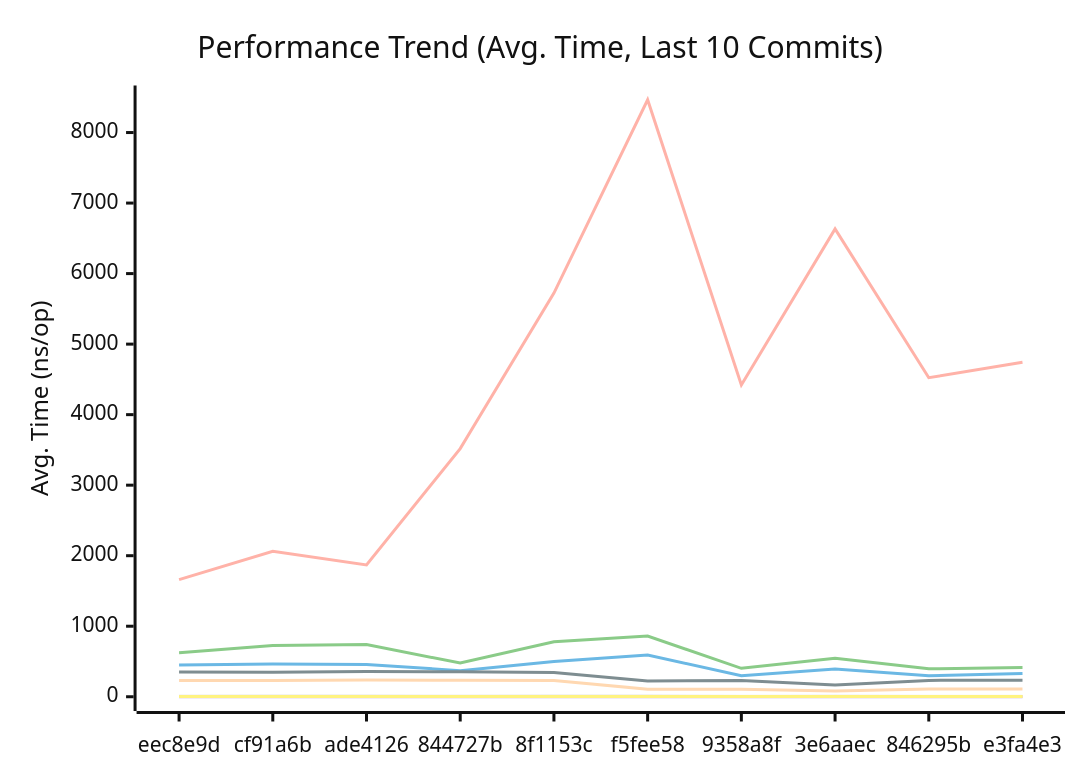
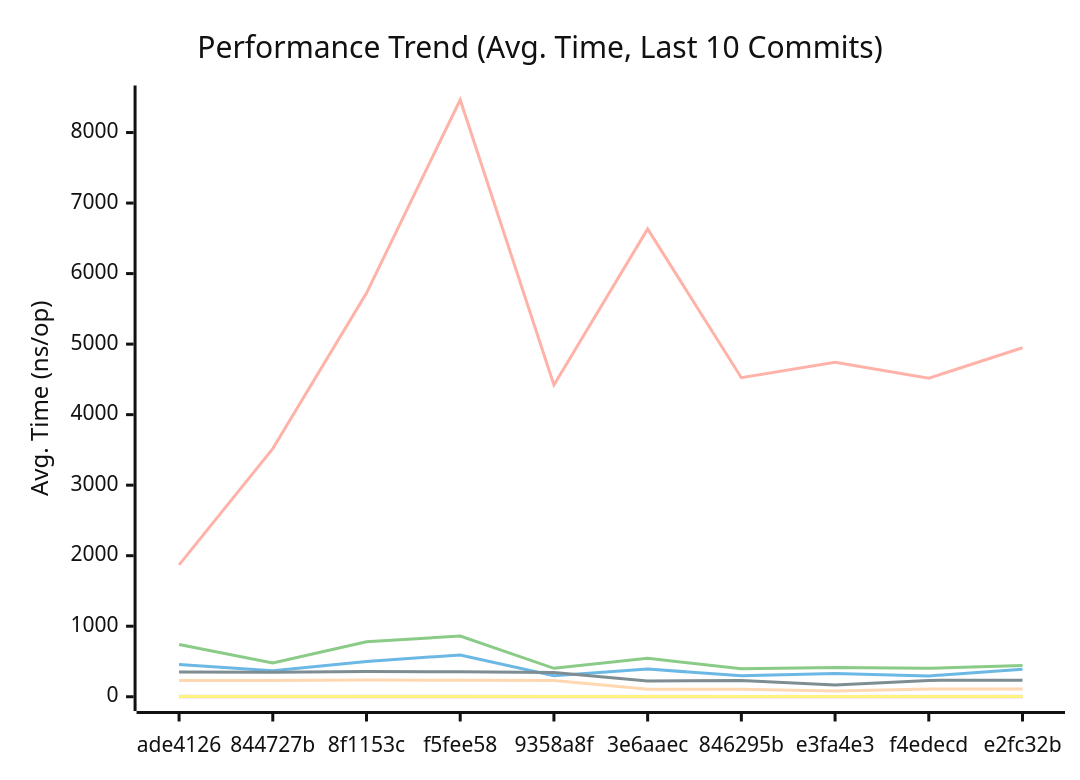
One commit to alsotoes/momo changed the first of 3 diagrams in docs/PERFORMANCE.md. Above: the diagram before and after it, drawn with Mermaid (neutral theme). The commit also changed other lines of this file and 12 other files, not shown here.

````diff
--- a/docs/PERFORMANCE.md
+++ b/docs/PERFORMANCE.md
@@ -80,16 +80,16 @@
 ```mermaid
 xychart-beta
     title "Performance Trend (Avg. Time, Last 10 Commits)"
     x-axis "Commit"
     y-axis "Avg. Time (ns/op)"
-    x-axis [eec8e9d,cf91a6b,ade4126,844727b,8f1153c,f5fee58,9358a8f,3e6aaec,846295b,e3fa4e3]
-    line "CheckMetricsAndSwap" [11,15,13,10,15,14,8,11,8,8]
-    line "CrushOptimized" [449,463,458,370,501,592,298,393,297,329]
-    line "CrushOriginal" [624,726,740,478,781,860,403,545,396,415]
-    line "IndexDirectTracking" [0,1,1,0,1,1,0,0,0,0]
-    line "IndexSearch" [2,2,2,2,3,3,2,2,2,2]
-    line "LoadGlobalConfig" [1661,2063,1870,3519,5724,8465,4420,6633,4524,4742]
-    line "PadString" [3,3,3,2,3,3,2,3,2,2]
+    x-axis [ade4126,844727b,8f1153c,f5fee58,9358a8f,3e6aaec,846295b,e3fa4e3,f4edecd,e2fc32b]
+    line "CheckMetricsAndSwap" [13,10,15,14,8,11,8,8,9,13]
+    line "CrushOptimized" [458,370,501,592,298,393,297,329,295,389]
+    line "CrushOriginal" [740,478,781,860,403,545,396,415,403,442]
+    line "IndexDirectTracking" [1,0,1,1,0,0,0,0,0,0]
+    line "IndexSearch" [2,2,3,3,2,2,2,2,2,2]
+    line "LoadGlobalConfig" [1870,3519,5724,8465,4420,6633,4524,4742,4516,4948]
+    line "PadString" [3,2,3,3,2,3,2,2,2,2]
     line "ParseReplicationOrder_NoPrealloc" [350,349,357,354,345,225,229,165,232,234]
     line "ParseReplicationOrder_Prealloc" [229,231,237,234,229,108,107,80,110,109]
 ```
````
